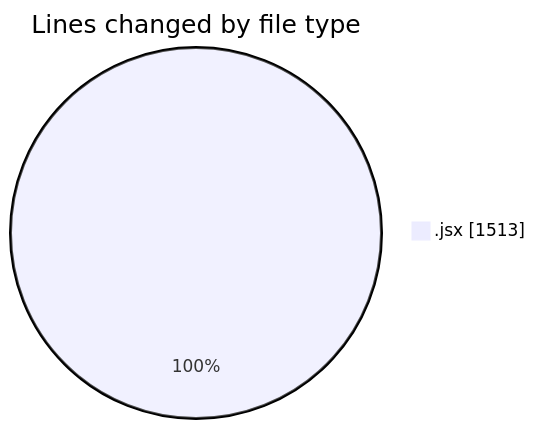
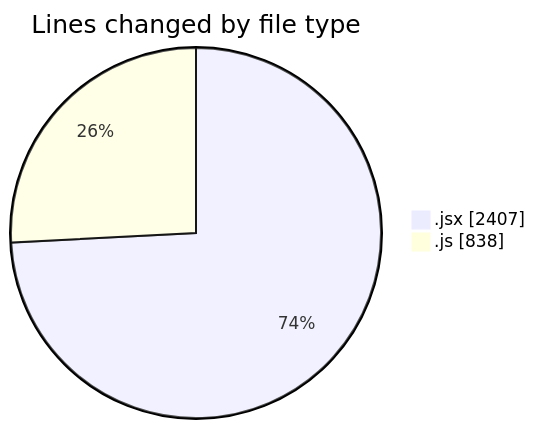
One commit to nxtqubesakshisongat/code-tracking changed the first of 2 diagrams in 2025-09-22/nxtqube_webapp/README.md. Above: the diagram before and after it, drawn with Mermaid. The commit also changed other lines of this file and 1 other file, not shown here.

````diff
--- a/2025-09-22/nxtqube_webapp/README.md
+++ b/2025-09-22/nxtqube_webapp/README.md
@@ -20,5 +22,6 @@
 ```mermaid
 pie showData
 title Lines changed by file type
-".jsx" : 1513
+".jsx" : 2407
+".js" : 838
 ```
````
